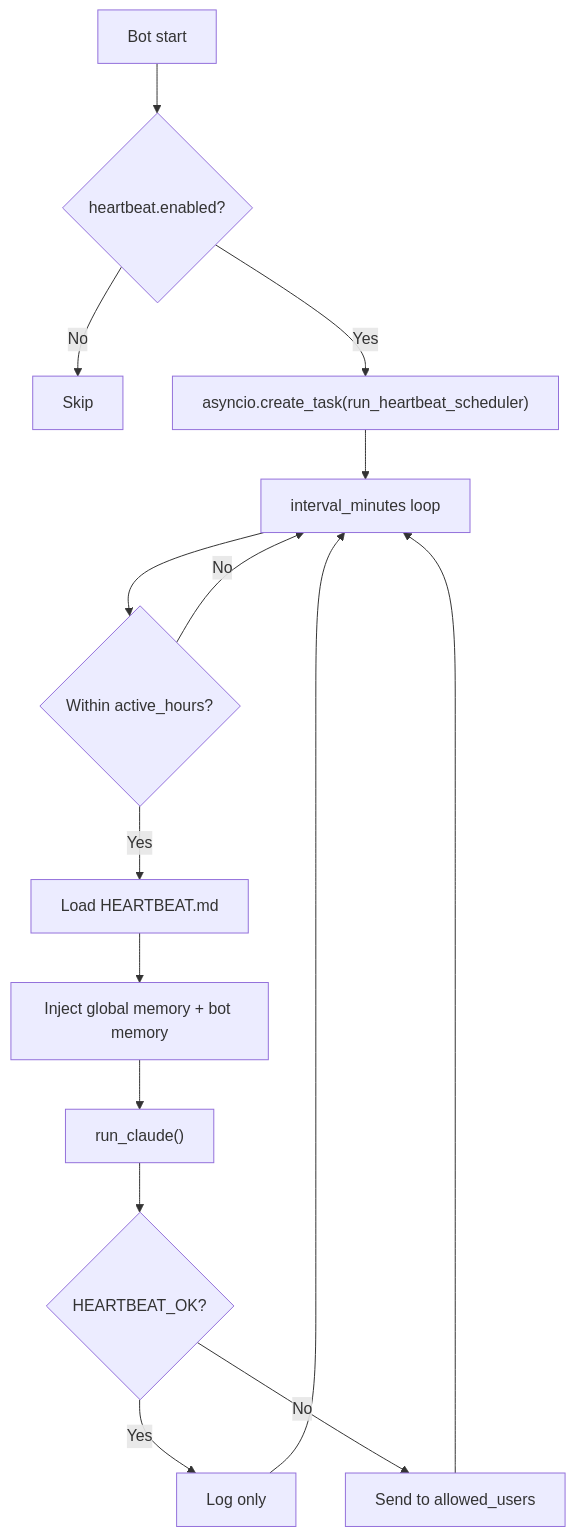
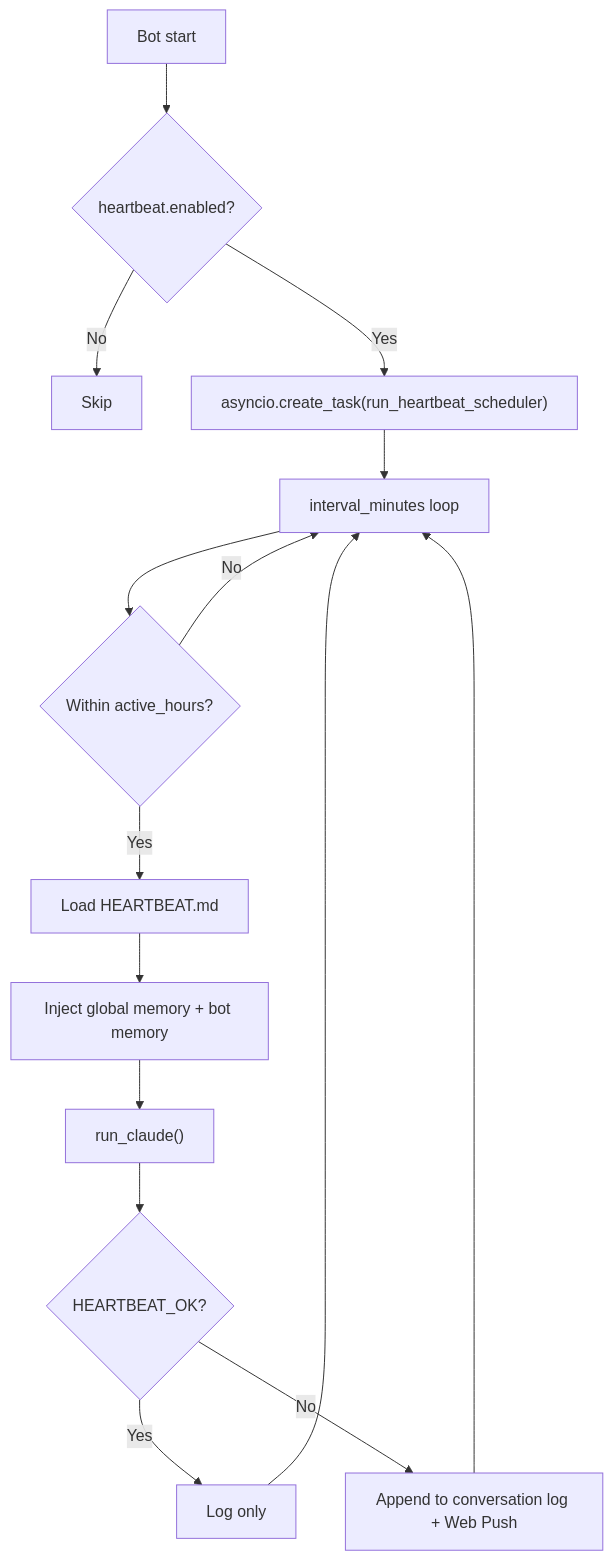
One commit to heg-wtf/abyss changed the ninth of 9 diagrams in docs/ARCHITECTURE.md. Above: the diagram before and after it, drawn with Mermaid. The commit also changed other lines of this file and 4 other files, not shown here.

````diff
--- a/docs/ARCHITECTURE.md
+++ b/docs/ARCHITECTURE.md
@@ -551,17 +518,17 @@
 ```mermaid
 graph TD
     START[Bot start] --> CHECK{heartbeat.enabled?}
     CHECK -->|No| SKIP[Skip]
     CHECK -->|Yes| TASK["asyncio.create_task(run_heartbeat_scheduler)"]
     TASK --> LOOP[interval_minutes loop]
     LOOP --> HOURS{Within active_hours?}
     HOURS -->|No| LOOP
     HOURS -->|Yes| LOAD[Load HEARTBEAT.md]
     LOAD --> INJECT[Inject global memory + bot memory]
     INJECT --> RUN["run_claude()"]
     RUN --> OK{HEARTBEAT_OK?}
     OK -->|Yes| LOG[Log only]
-    OK -->|No| SEND[Send to allowed_users]
+    OK -->|No| SEND[Append to conversation log + Web Push]
     LOG --> LOOP
     SEND --> LOOP
 ```
````
